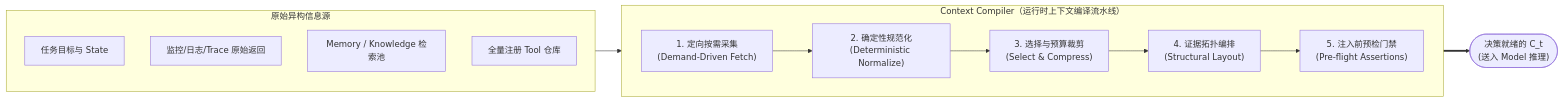
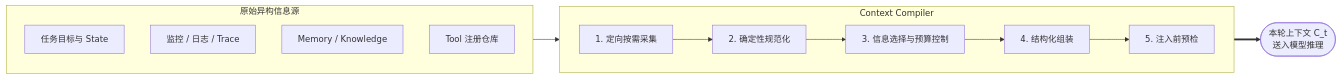
Before and after one commit to ideal-20/ai-agent-system-design: the second of 2 diagrams in docs/03-context-engineering.md, drawn with Mermaid. The commit also changed other lines of this file and 1 other file, not shown here.

````diff
--- a/docs/03-context-engineering.md
+++ b/docs/03-context-engineering.md
@@ -573,22 +571,22 @@
 ```mermaid
 flowchart LR
     subgraph RawSources ["原始异构信息源"]
-        S1[任务目标与 State]
-        S2[监控/日志/Trace 原始返回]
-        S3[Memory / Knowledge 检索池]
-        S4[全量注册 Tool 仓库]
+        S1["任务目标与 State"]
+        S2["监控 / 日志 / Trace"]
+        S3["Memory / Knowledge"]
+        S4["Tool 注册仓库"]
     end
 
-    subgraph Compiler ["Context Compiler（运行时上下文编译流水线）"]
+    subgraph Compiler ["Context Compiler"]
         direction LR
-        P1["1. 定向按需采集<br/>(Demand-Driven Fetch)"]
-        P2["2. 确定性规范化<br/>(Deterministic Normalize)"]
-        P3["3. 选择与预算裁剪<br/>(Select & Compress)"]
-        P4["4. 证据拓扑编排<br/>(Structural Layout)"]
-        P5["5. 注入前预检门禁<br/>(Pre-flight Assertions)"]
+        P1["1. 定向按需采集"]
+        P2["2. 确定性规范化"]
+        P3["3. 信息选择与预算控制"]
+        P4["4. 结构化组装"]
+        P5["5. 注入前预检"]
         P1 --> P2 --> P3 --> P4 --> P5
     end
 
     RawSources --> P1
-    P5 ==> Out(["决策就绪的 C_t<br/>(送入 Model 推理)"])
+    P5 ==> Out(["本轮上下文 C_t<br/>送入模型推理"])
 ```
````
